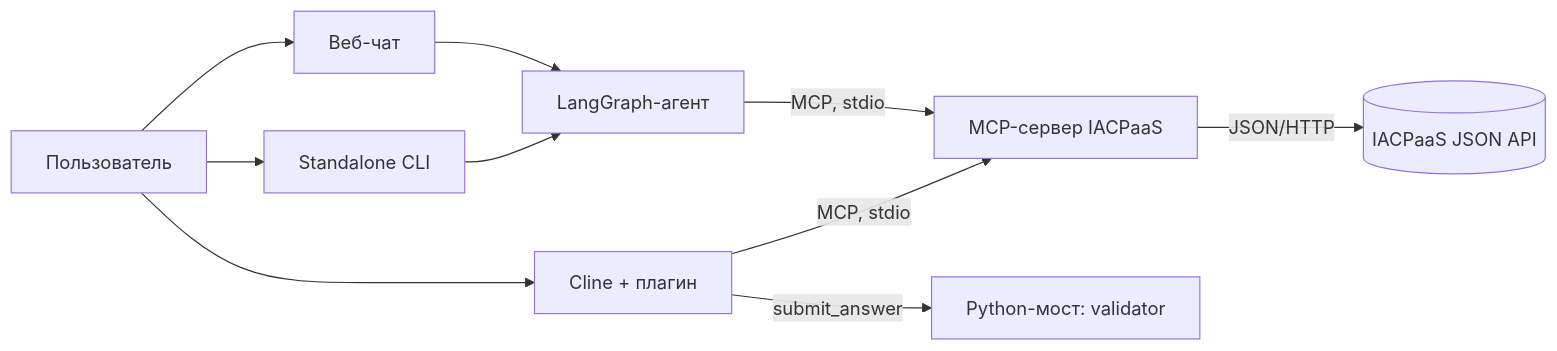
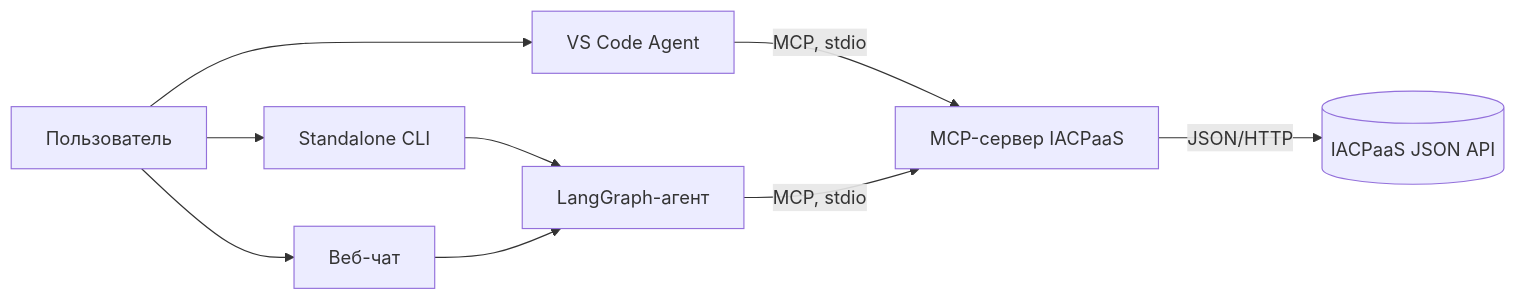
One commit to Mariositys/IACPaaS-MCP-Agent changed the first of 2 diagrams in docs/architecture.md. Above: the diagram before and after it, drawn with Mermaid. The commit also changed other lines of this file and 14 other files, not shown here.

Commit message:
Remove cline agent, return vs code agent with validation

````diff
--- a/docs/architecture.md
+++ b/docs/architecture.md
@@ -8,12 +8,11 @@
 ```mermaid
 flowchart LR
-  U[Пользователь] --> V[Cline + плагин]
+  U[Пользователь] --> V[VS Code Agent]
   U --> S[Standalone CLI]
   U --> W[Веб-чат]
   V -->|MCP, stdio| M[MCP-сервер IACPaaS]
-  V -->|submit_answer| B[Python-мост: validator]
   S --> A[LangGraph-агент]
   W --> A
   A -->|MCP, stdio| M
   M -->|JSON/HTTP| P[(IACPaaS JSON API)]
 ```
````
